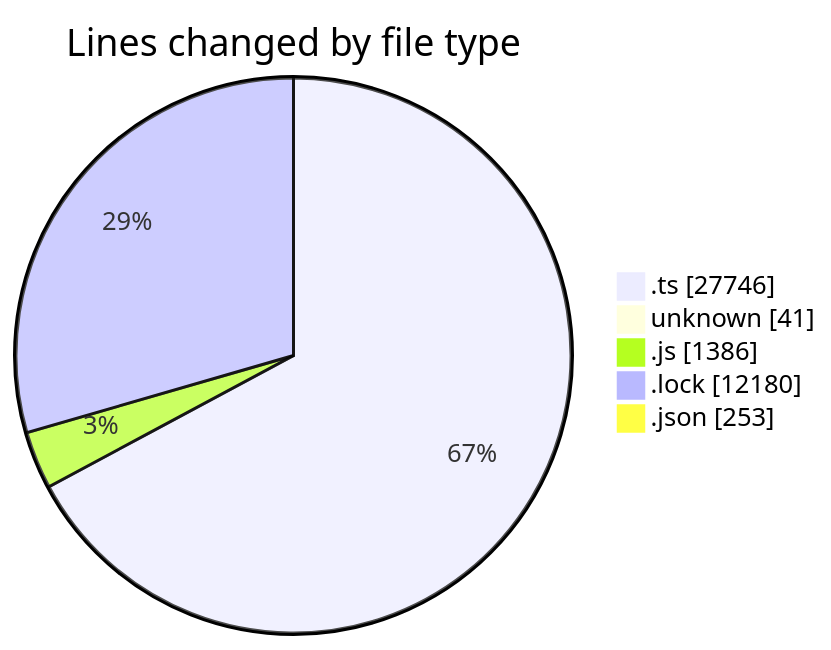
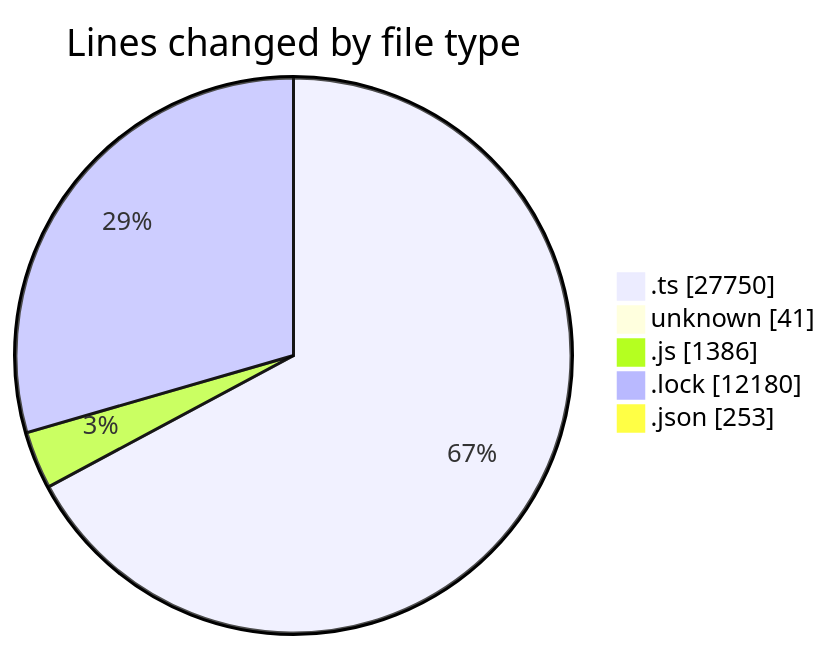
Before and after one commit to momahboobian/code-tracking: the first of 2 diagrams in 2025-08-18/cda/README.md, drawn with Mermaid. The commit also changed other lines of this file and 1 other file, not shown here.

````diff
--- a/2025-08-18/cda/README.md
+++ b/2025-08-18/cda/README.md
@@ -39,9 +39,9 @@
 ```mermaid
 pie showData
 title Lines changed by file type
-".ts" : 27746
+".ts" : 27750
 "unknown" : 41
 ".js" : 1386
 ".lock" : 12180
 ".json" : 253
 ```
````
